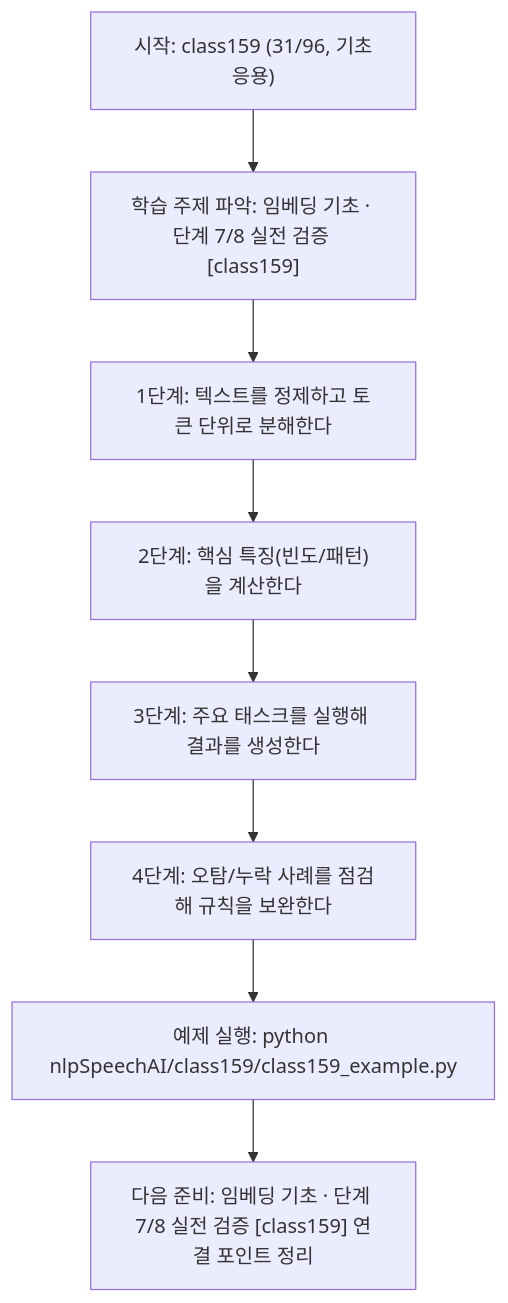
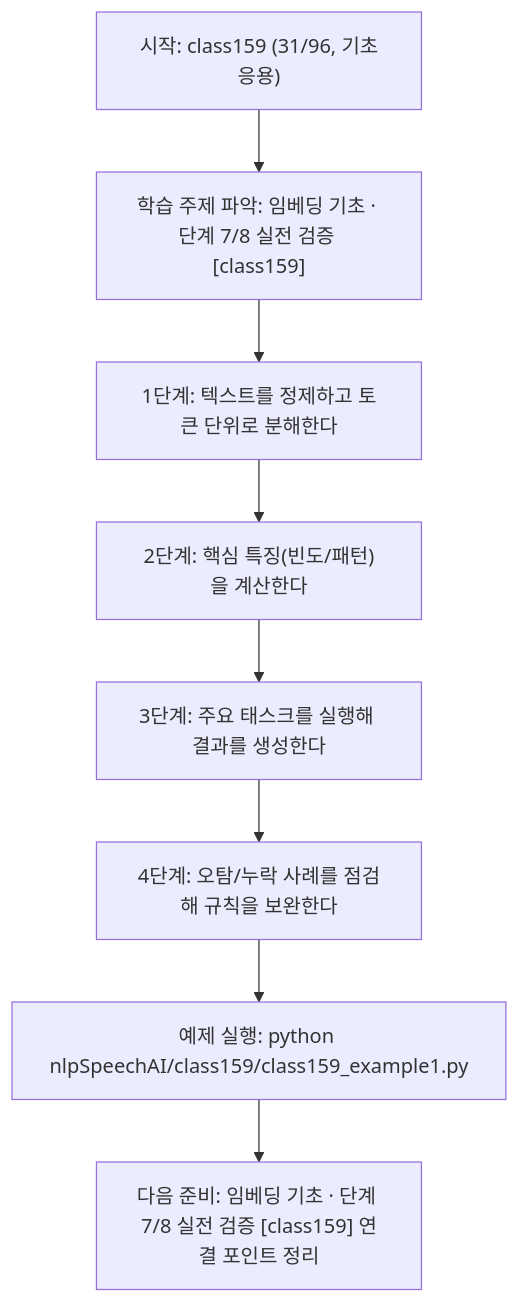
One commit to edumgt/Python-AI_Agent-Class changed the diagram in nlpSpeechAI/class159/class159.md. Above: the diagram before and after it, drawn with Mermaid. The commit also changed other lines of this file and 2959 other files, not shown here.

````diff
--- a/nlpSpeechAI/class159/class159.md
+++ b/nlpSpeechAI/class159/class159.md
@@ -113,18 +113,18 @@
 ```mermaid
 flowchart TD
 N1["시작: class159 (31/96, 기초응용)"]
 N2["학습 주제 파악: 임베딩 기초 · 단계 7/8 실전 검증 [class159]"]
 N3["1단계: 텍스트를 정제하고 토큰 단위로 분해한다"]
 N4["2단계: 핵심 특징(빈도/패턴)을 계산한다"]
 N5["3단계: 주요 태스크를 실행해 결과를 생성한다"]
 N6["4단계: 오탐/누락 사례를 점검해 규칙을 보완한다"]
-N7["예제 실행: python nlpSpeechAI/class159/class159_example.py"]
+N7["예제 실행: python nlpSpeechAI/class159/class159_example1.py"]
 N8["다음 준비: 임베딩 기초 · 단계 7/8 실전 검증 [class159] 연결 포인트 정리"]
 N1 --> N2
 N2 --> N3
 N3 --> N4
 N4 --> N5
 N5 --> N6
 N6 --> N7
 N7 --> N8
 ```
````
